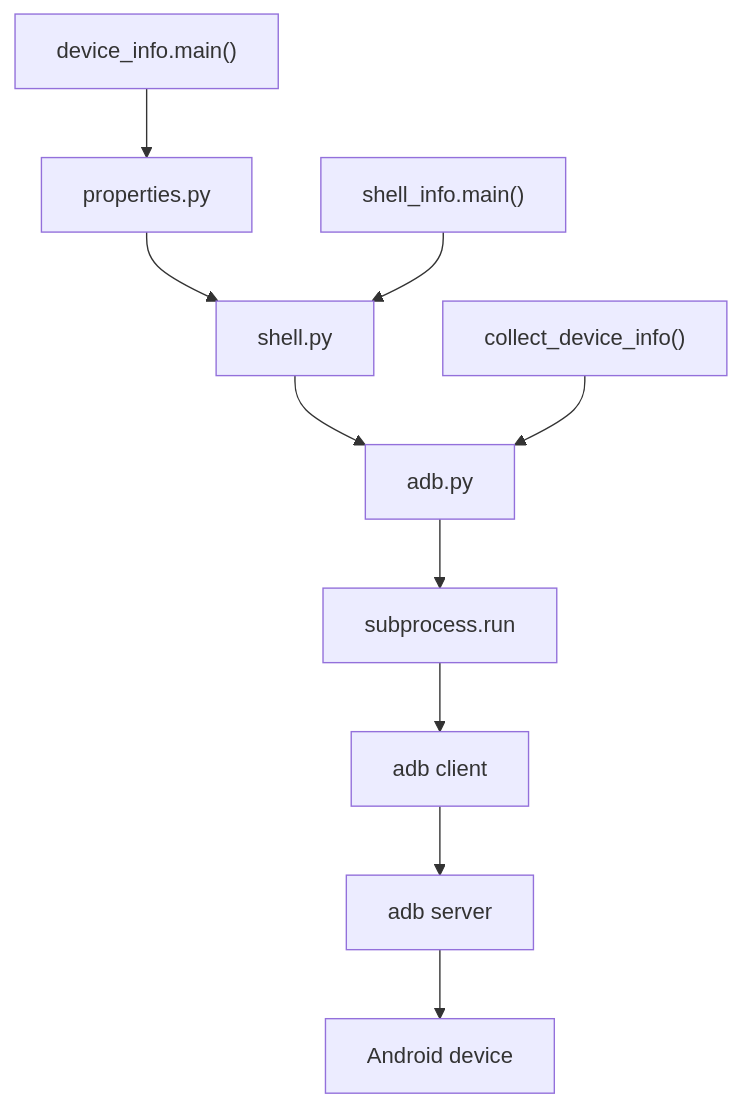
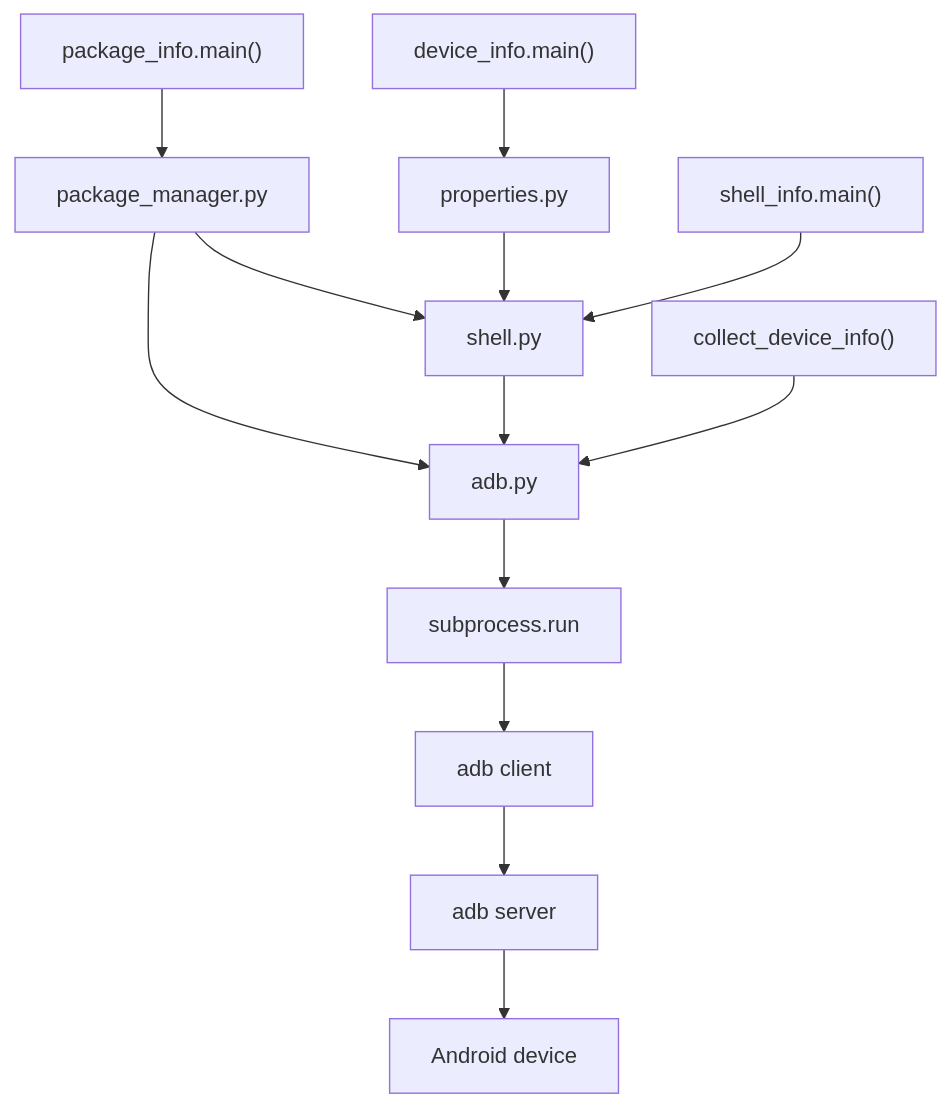
The diagram in docs/architecture.md (andrew771027/android-cookbook), drawn with Mermaid before and after one commit. The commit also changed other lines of this file and 11 other files, not shown here.

````diff
--- a/docs/architecture.md
+++ b/docs/architecture.md
@@ -6,12 +6,15 @@
 ```mermaid
 flowchart TD
     DeviceInfo["device_info.main()"] --> Properties["properties.py"]
+    PackageInfo["package_info.main()"] --> PackageManager["package_manager.py"]
+    PackageManager --> Shell
+    PackageManager --> Adb
     Properties --> Shell["shell.py"]
     ShellInfo["shell_info.main()"] --> Shell
     Shell --> Adb["adb.py"]
     CollectDeviceInfo["collect_device_info()"] --> Adb
     Adb --> Subprocess["subprocess.run"]
     Subprocess --> Client["adb client"]
     Client --> Server["adb server"]
     Server --> Device["Android device"]
 ```
````
